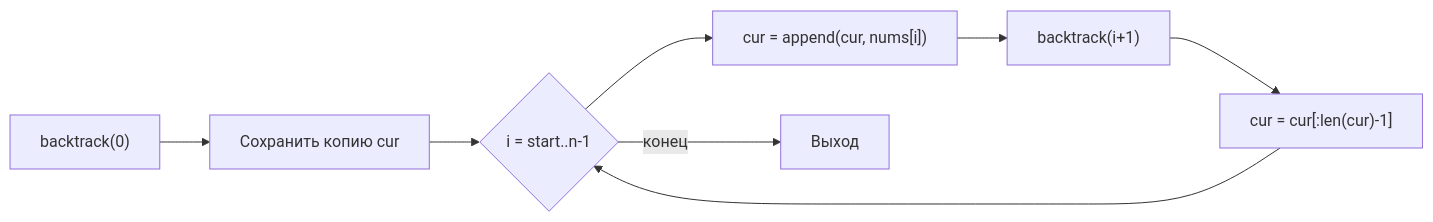
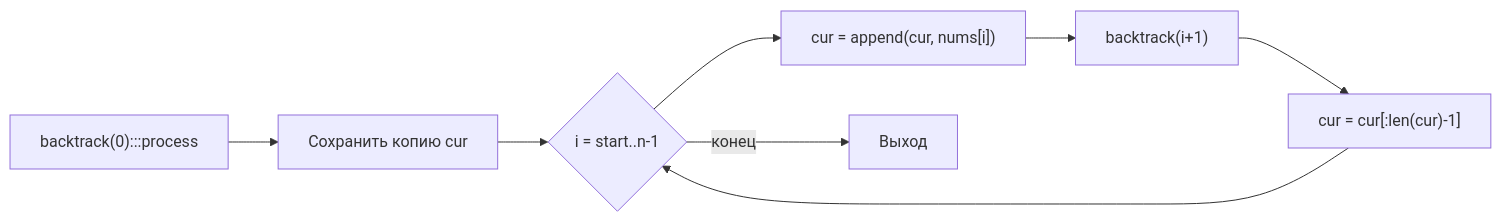
One commit to UnrealTemplier/go-textbook changed the diagram in sources/21. Задачи с LeetCode и собеседований на Go/02. Задачи/10. Backtracking/3. Subsets.md. Above: the diagram before and after it, drawn with Mermaid. The commit also changed 1666 other files, not shown here.

First line of the commit message:
feat(mermaid): add semantic color classDef to 1369 colorless flowchart/graph diagrams

````diff
--- a/sources/21. Задачи с LeetCode и собеседований на Go/02. Задачи/10. Backtracking/3. Subsets.md
+++ b/sources/21. Задачи с LeetCode и собеседований на Go/02. Задачи/10. Backtracking/3. Subsets.md
@@ -74,10 +74,20 @@
 ```mermaid
 flowchart LR
-    A["backtrack(0)"] --> B["Сохранить копию cur"]
+    classDef process  fill:#1e293b,stroke:#38bdf8,stroke-width:1px,color:#f8fafc
+    classDef success  fill:#064e3b,stroke:#34d399,stroke-width:1px,color:#f8fafc
+    classDef error    fill:#7f1d1d,stroke:#f87171,stroke-width:1px,color:#f8fafc
+    classDef warning  fill:#78350f,stroke:#fbbf24,stroke-width:1px,color:#f8fafc
+    classDef entry    fill:#1e3a5f,stroke:#38bdf8,stroke-width:2px,color:#f8fafc
+    classDef aux      fill:#334155,stroke:#64748b,stroke-width:1px,color:#f8fafc
+    classDef system   fill:#312e81,stroke:#a78bfa,stroke-width:1px,color:#f8fafc
+    classDef data     fill:#132d29,stroke:#2dd4bf,stroke-width:1px,color:#f8fafc
+    classDef network  fill:#881337,stroke:#fb7185,stroke-width:1px,color:#f8fafc
+    classDef accent   fill:#1e1b4b,stroke:#818cf8,stroke-width:1px,color:#f8fafc
+    A["backtrack(0):::process"] --> B["Сохранить копию cur"]
     B --> C{"i = start..n-1"}
     C --> D["cur = append(cur, nums[i])"]
     D --> E["backtrack(i+1)"]
     E --> F["cur = cur[:len(cur)-1]"]
     F --> C
     C -->|"конец"| G["Выход"]
 ```
````
